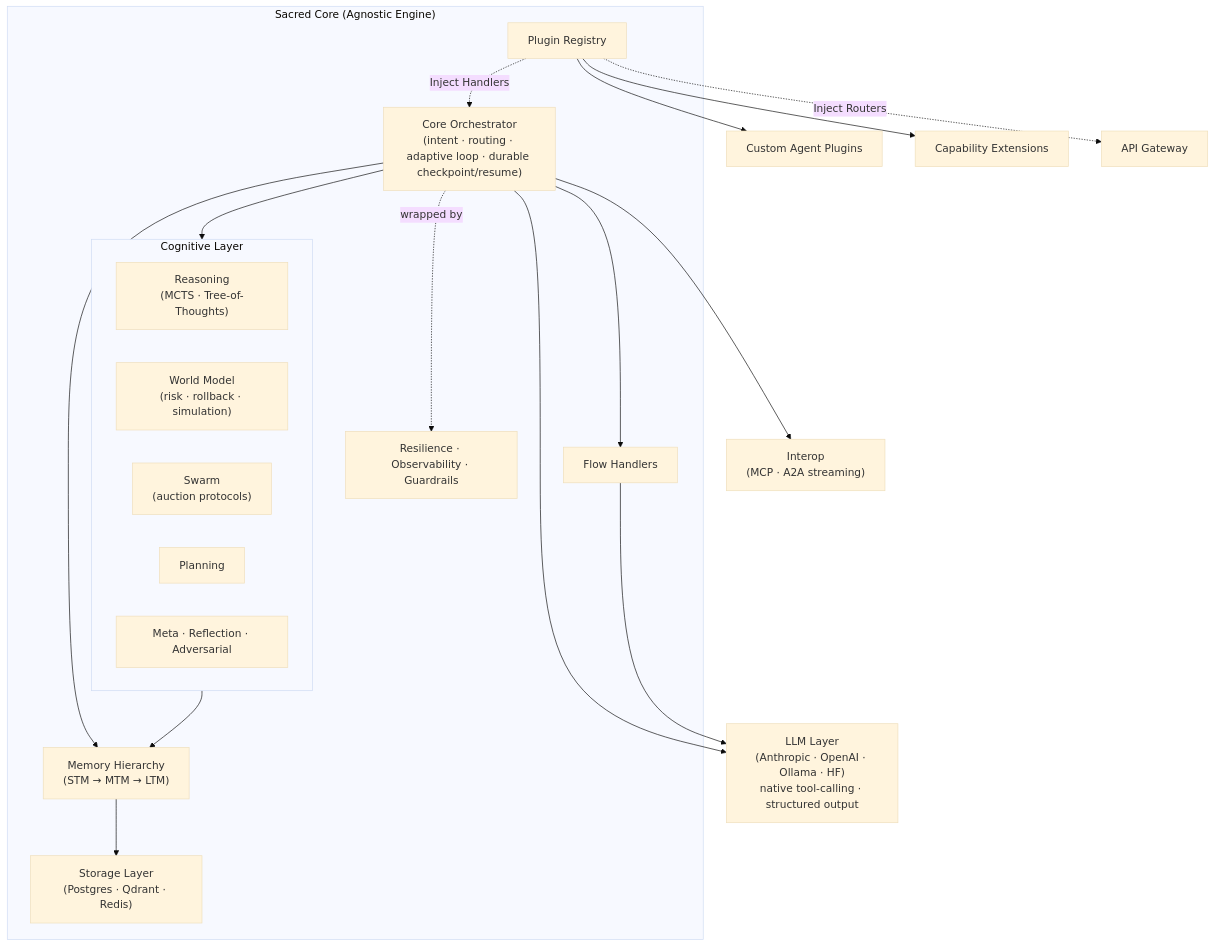
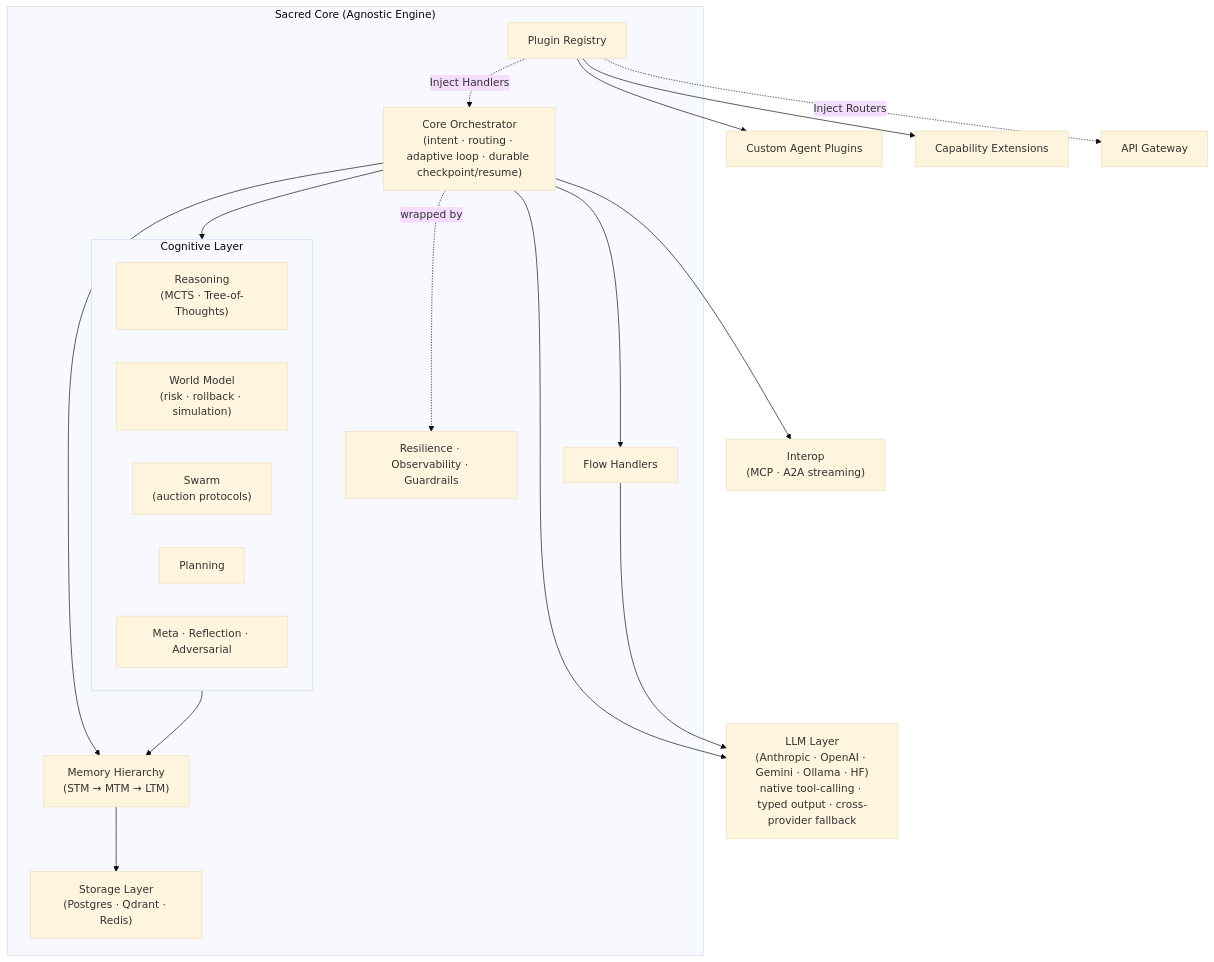
The diagram in README.md (baselithcore/baselithcore), drawn with Mermaid (base theme) before and after one commit. The commit also changed other lines of this file, not shown here.

````diff
--- a/README.md
+++ b/README.md
@@ -48,37 +48,37 @@
 ```mermaid
 graph TD
     subgraph SC["Sacred Core (Agnostic Engine)"]
         A["Core Orchestrator<br/>(intent · routing · adaptive loop · durable checkpoint/resume)"]
         F["Flow Handlers"]
 
         subgraph COG["Cognitive Layer"]
             RE["Reasoning<br/>(MCTS · Tree-of-Thoughts)"]
             WM["World Model<br/>(risk · rollback · simulation)"]
             SW["Swarm<br/>(auction protocols)"]
             PL["Planning"]
             MT["Meta · Reflection · Adversarial"]
         end
 
         M["Memory Hierarchy<br/>(STM → MTM → LTM)"]
         S["Storage Layer<br/>(Postgres · Qdrant · Redis)"]
         R["Plugin Registry"]
         RES["Resilience · Observability · Guardrails"]
     end
 
     A --> COG
     A --> F
     A --> M
     M --> S
     COG --> M
 
     R --> C["Custom Agent Plugins"]
     R --> D["Capability Extensions"]
     R -.->|Inject Handlers| A
     R -.->|Inject Routers| G["API Gateway"]
 
-    A --> H["LLM Layer<br/>(Anthropic · OpenAI · Ollama · HF)<br/>native tool-calling · structured output"]
+    A --> H["LLM Layer<br/>(Anthropic · OpenAI · Gemini · Ollama · HF)<br/>native tool-calling · typed output · cross-provider fallback"]
     F --> H
 
     A --> I["Interop<br/>(MCP · A2A streaming)"]
     A -.->|wrapped by| RES
 ```
````
